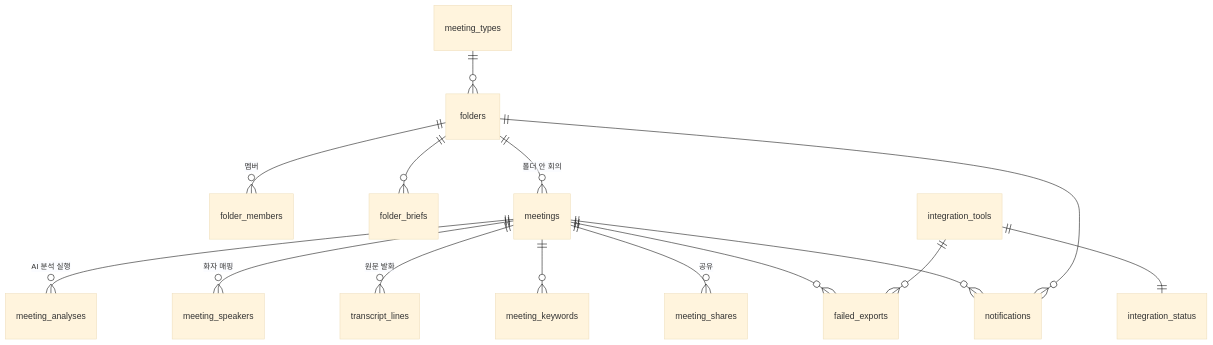
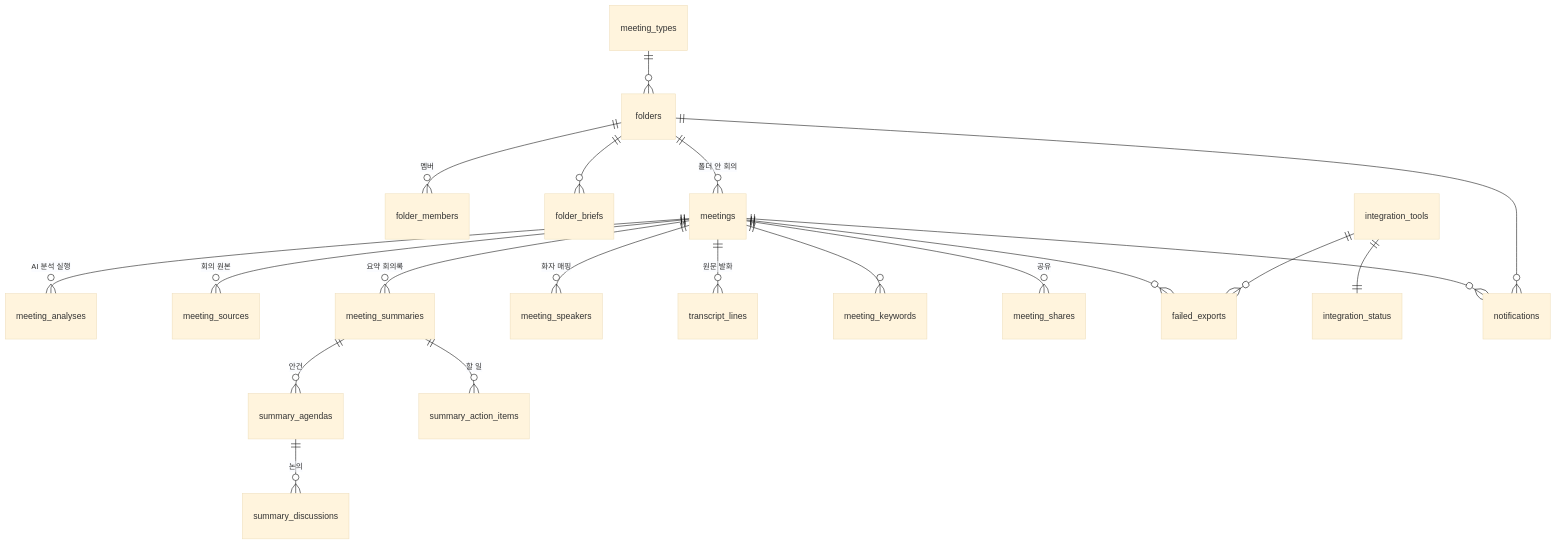
Before and after one commit to TEAM-REMEET/remeet: the diagram in playground/jihyon/postgres/README.md, drawn with Mermaid (base theme). The commit also changed other lines of this file and 32 other files, not shown here.

````diff
--- a/playground/jihyon/postgres/README.md
+++ b/playground/jihyon/postgres/README.md
@@ -86,17 +89,22 @@
 ```mermaid
 erDiagram
     meeting_types ||--o{ folders : ""
     folders ||--o{ folder_members : "멤버"
     folders ||--o{ folder_briefs : ""
     folders ||--o{ meetings : "폴더 안 회의"
     meetings ||--o{ meeting_analyses : "AI 분석 실행"
+    meetings ||--o{ meeting_sources : "회의 원본"
+    meetings ||--o{ meeting_summaries : "요약 회의록"
+    meeting_summaries ||--o{ summary_agendas : "안건"
+    summary_agendas ||--o{ summary_discussions : "논의"
+    meeting_summaries ||--o{ summary_action_items : "할 일"
     meetings ||--o{ meeting_speakers : "화자 매핑"
     meetings ||--o{ transcript_lines : "원문 발화"
     meetings ||--o{ meeting_keywords : ""
     meetings ||--o{ meeting_shares : "공유"
     meetings ||--o{ failed_exports : ""
     integration_tools ||--|| integration_status : ""
     integration_tools ||--o{ failed_exports : ""
     meetings ||--o{ notifications : ""
     folders ||--o{ notifications : ""
 ```
````
